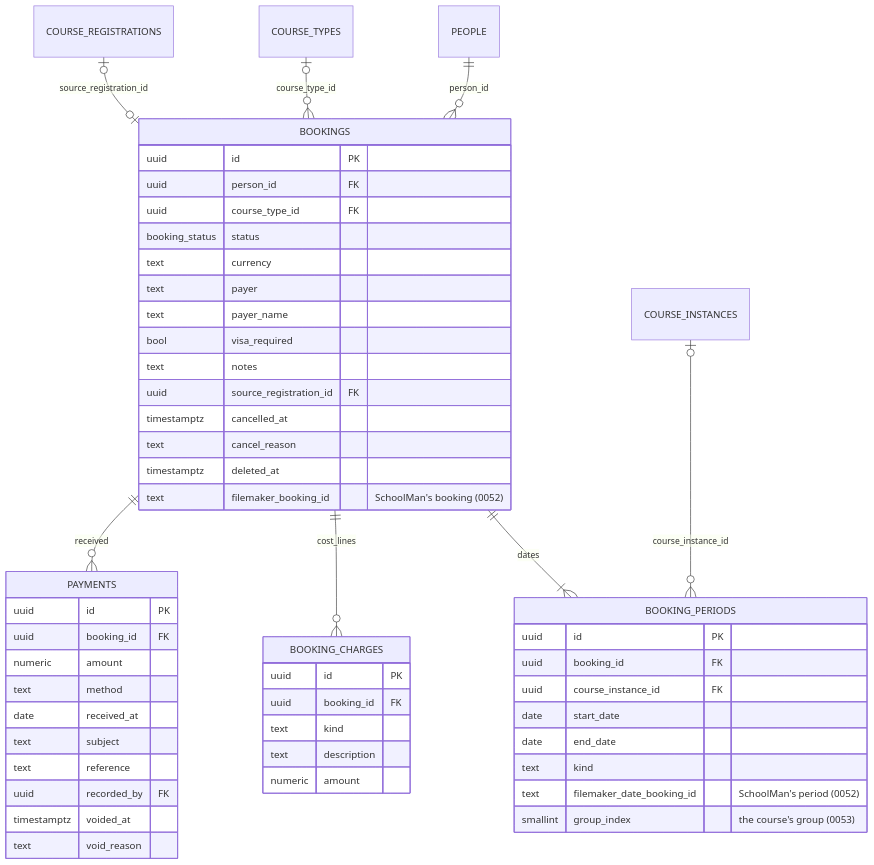
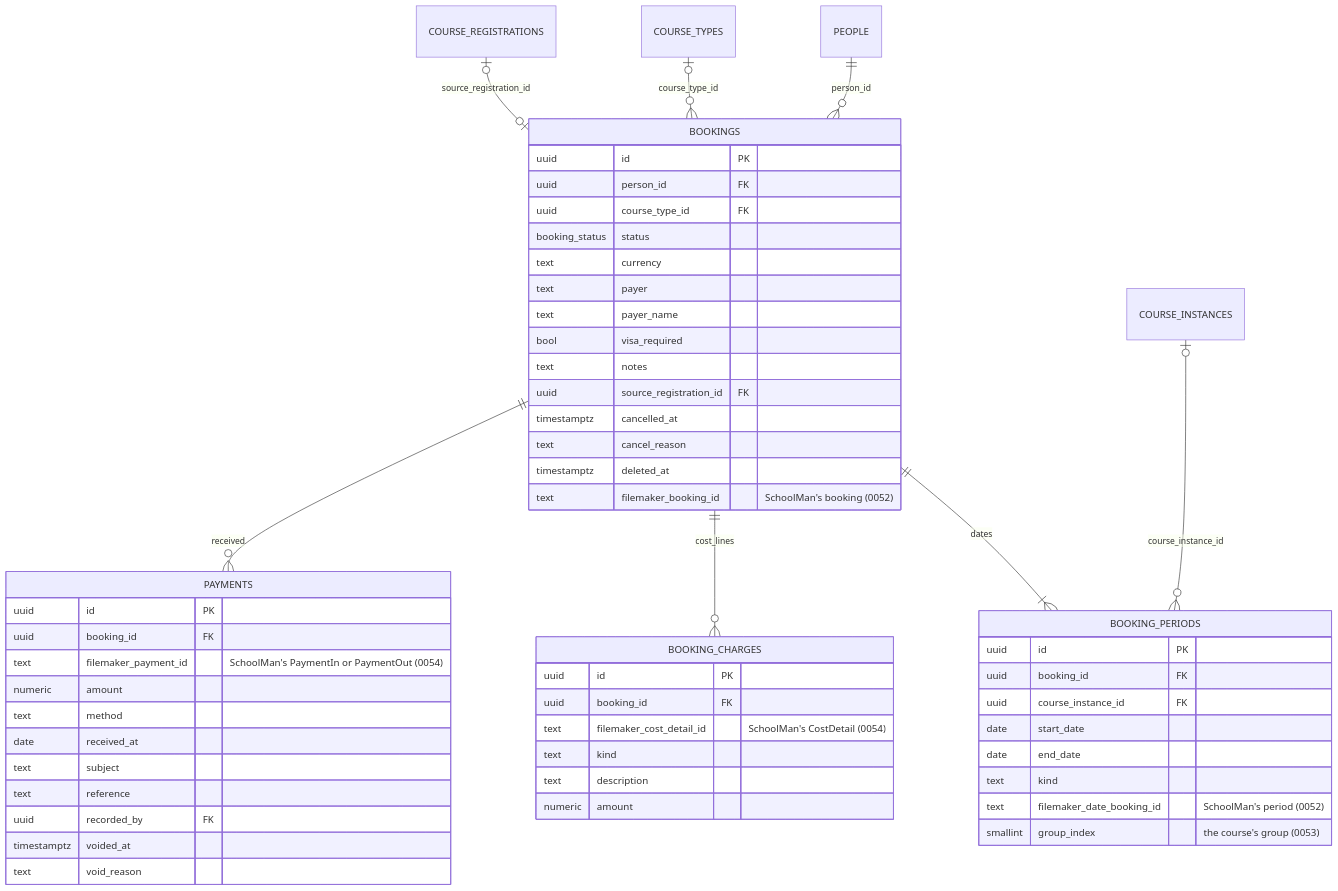
One commit to CASA-School/casa-website changed the fourth of 7 diagrams in docs/ERD.md. Above: the diagram before and after it, drawn with Mermaid. The commit also changed 10 other files, not shown here.

First line of the commit message:
feat(admin): live learners on the board, and the learners' money from SchoolMan

````diff
--- a/docs/ERD.md
+++ b/docs/ERD.md
@@ -324,59 +324,61 @@
 ```mermaid
 erDiagram
   PEOPLE ||--o{ BOOKINGS : person_id
   COURSE_TYPES o|--o{ BOOKINGS : course_type_id
   COURSE_REGISTRATIONS o|--o| BOOKINGS : source_registration_id
   BOOKINGS ||--|{ BOOKING_PERIODS : dates
   COURSE_INSTANCES o|--o{ BOOKING_PERIODS : course_instance_id
   BOOKINGS ||--o{ BOOKING_CHARGES : cost_lines
   BOOKINGS ||--o{ PAYMENTS : received
 
   BOOKINGS {
     uuid id PK
     uuid person_id FK
     uuid course_type_id FK
     booking_status status
     text currency
     text payer
     text payer_name
     bool visa_required
     text notes
     uuid source_registration_id FK
     timestamptz cancelled_at
     text cancel_reason
     timestamptz deleted_at
     text filemaker_booking_id "SchoolMan's booking (0052)"
   }
 
   BOOKING_PERIODS {
     uuid id PK
     uuid booking_id FK
     uuid course_instance_id FK
     date start_date
     date end_date
     text kind
     text filemaker_date_booking_id "SchoolMan's period (0052)"
     smallint group_index "the course's group (0053)"
   }
 
   BOOKING_CHARGES {
     uuid id PK
     uuid booking_id FK
+    text filemaker_cost_detail_id "SchoolMan's CostDetail (0054)"
     text kind
     text description
     numeric amount
   }
 
   PAYMENTS {
     uuid id PK
     uuid booking_id FK
+    text filemaker_payment_id "SchoolMan's PaymentIn or PaymentOut (0054)"
     numeric amount
     text method
     date received_at
     text subject
     text reference
     uuid recorded_by FK
     timestamptz voided_at
     text void_reason
   }
 ```
````
